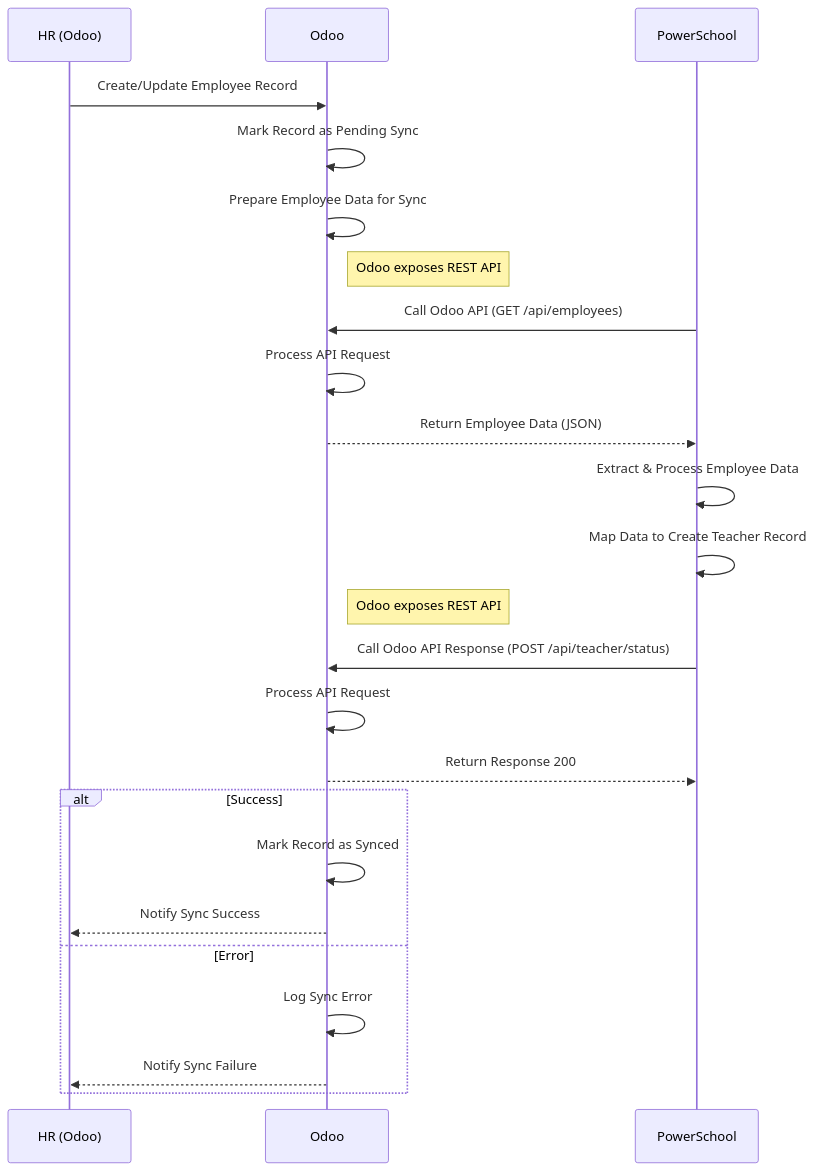
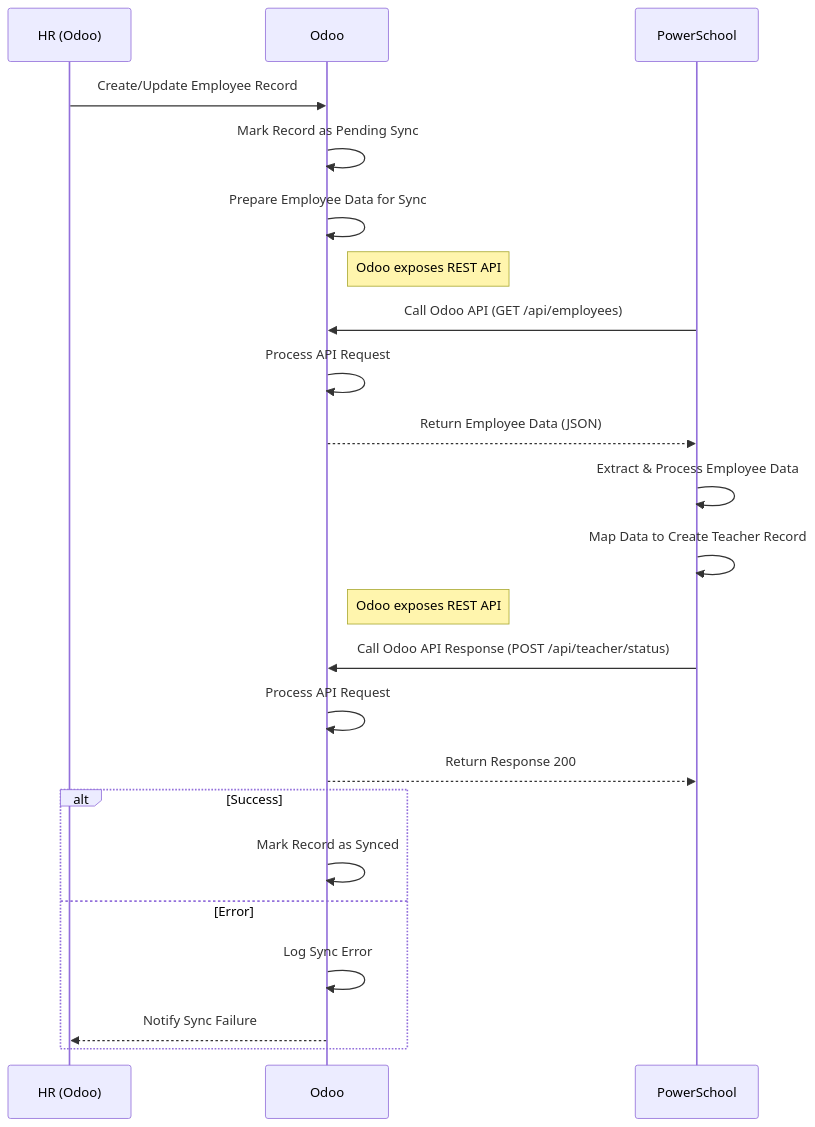
Before and after one commit to kamalyui9/lincoln_school: the diagram in Odoo API.md, drawn with Mermaid.

Commit message:
Update Odoo API.md

````diff
--- a/Odoo API.md
+++ b/Odoo API.md
@@ -6,31 +6,30 @@
 ```mermaid
 sequenceDiagram
     participant Admin as HR (Odoo)
     participant Odoo as Odoo
     participant PowerSchool as PowerSchool
 
     Admin->>Odoo: Create/Update Employee Record
     Odoo->>Odoo: Mark Record as Pending Sync
     Odoo->>Odoo: Prepare Employee Data for Sync
     Note right of Odoo: Odoo exposes REST API
 
     PowerSchool->>Odoo: Call Odoo API (GET /api/employees)
     Odoo->>Odoo: Process API Request
     Odoo-->>PowerSchool: Return Employee Data (JSON)
     
     PowerSchool->>PowerSchool: Extract & Process Employee Data
     PowerSchool->>PowerSchool: Map Data to Create Teacher Record
     Note right of Odoo: Odoo exposes REST API
 
     PowerSchool->>Odoo: Call Odoo API Response (POST /api/teacher/status)
     Odoo->>Odoo: Process API Request
     Odoo-->>PowerSchool: Return Response 200
 
     alt Success
         Odoo->>Odoo: Mark Record as Synced
-        Odoo-->>Admin: Notify Sync Success
     else Error
         Odoo->>Odoo: Log Sync Error
         Odoo-->>Admin: Notify Sync Failure
     end
 ```
````
